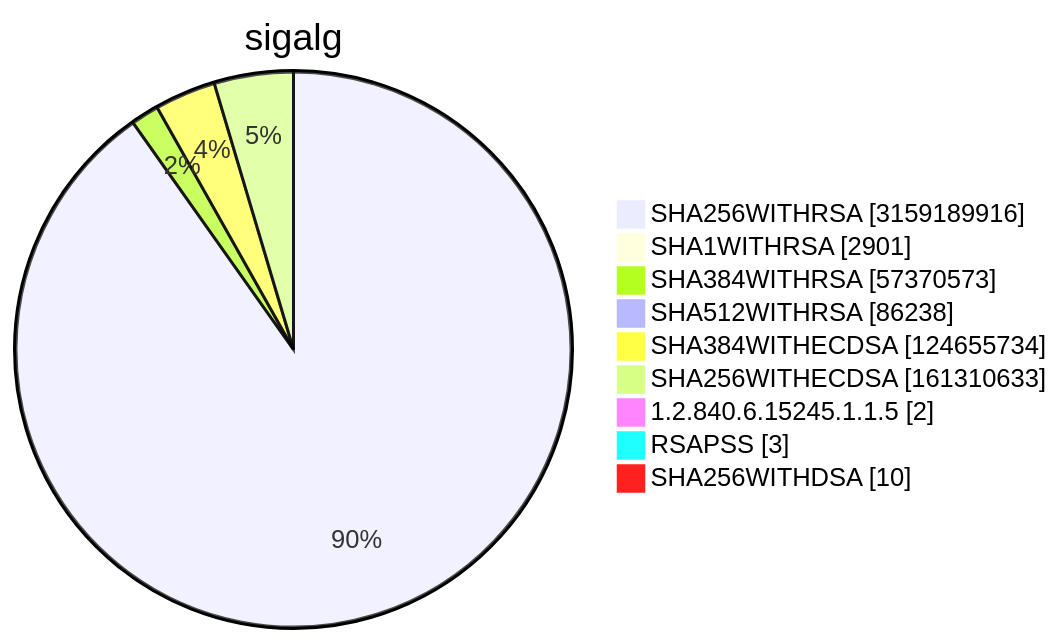
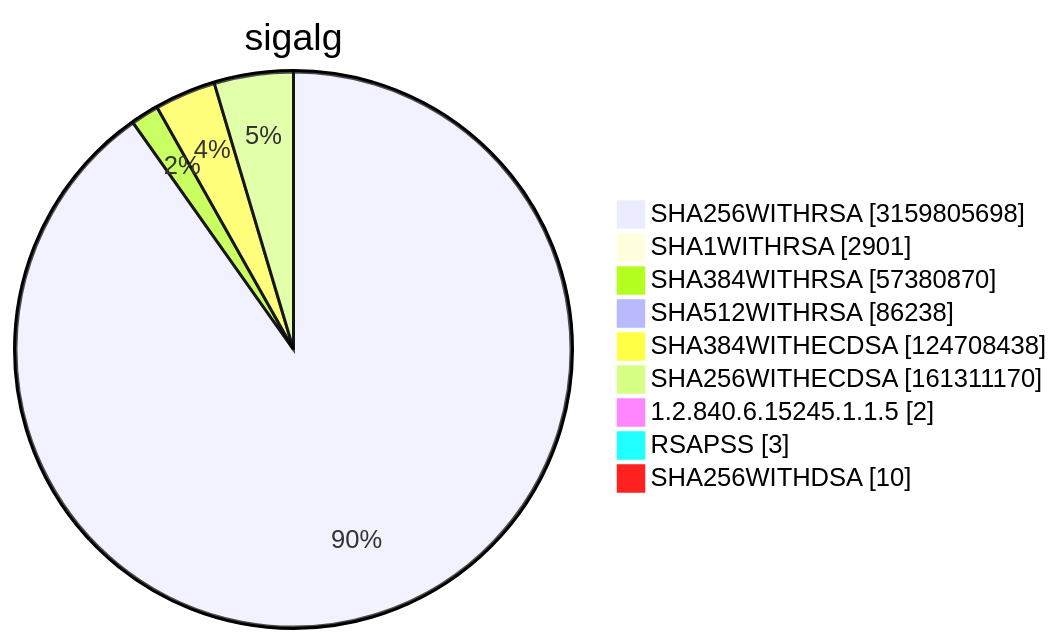
One commit to christiankrug/ctmonitor_visualization changed diagram 15 of 15 in TOTAL/README.md. Above: the diagram before and after it, drawn with Mermaid. The commit also changed other lines of this file, not shown here.

````diff
--- a/TOTAL/README.md
+++ b/TOTAL/README.md
@@ -6215,13 +6215,13 @@
 ```mermaid
 pie showData
 title sigalg
-"SHA256WITHRSA" :3159189916
+"SHA256WITHRSA" :3159805698
 "SHA1WITHRSA" :2901
-"SHA384WITHRSA" :57370573
+"SHA384WITHRSA" :57380870
 "SHA512WITHRSA" :86238
-"SHA384WITHECDSA" :124655734
-"SHA256WITHECDSA" :161310633
+"SHA384WITHECDSA" :124708438
+"SHA256WITHECDSA" :161311170
 "1.2.840.6.15245.1.1.5" :2
 "RSAPSS" :3
 "SHA256WITHDSA" :10
 ```
````
